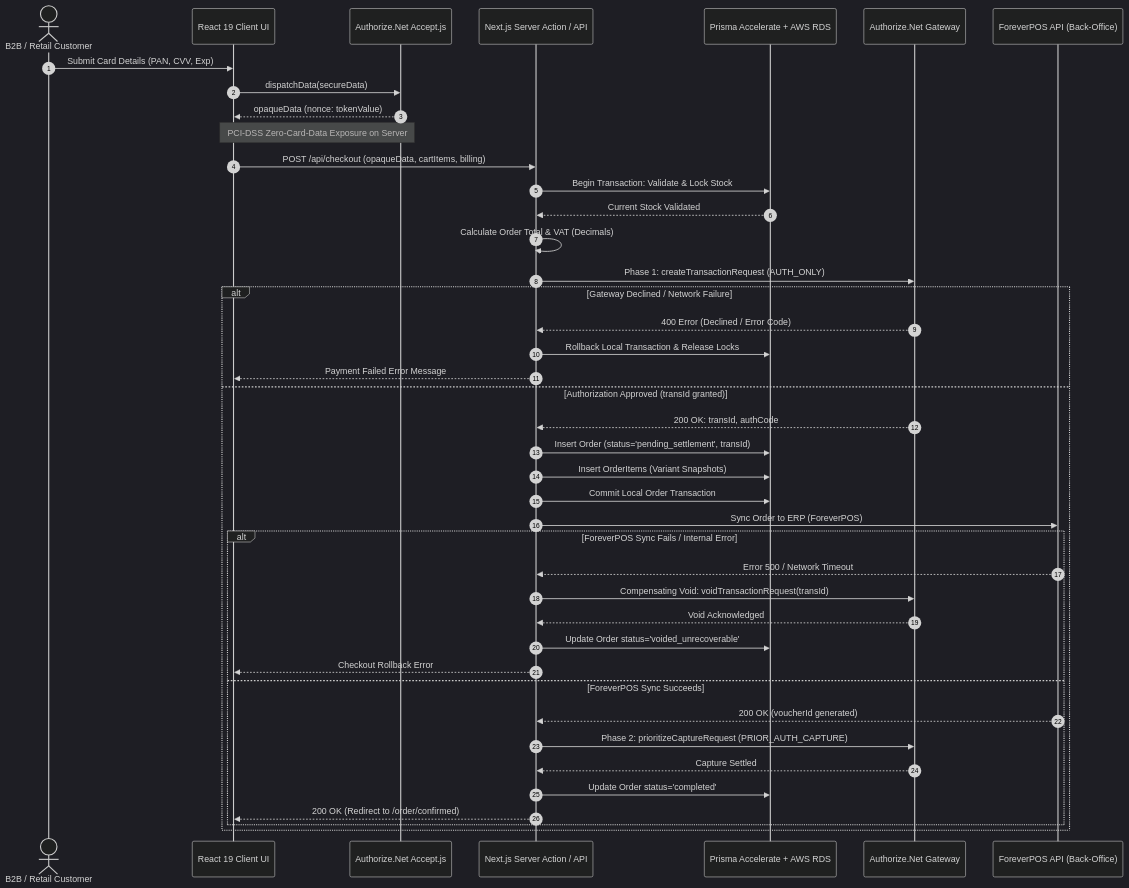
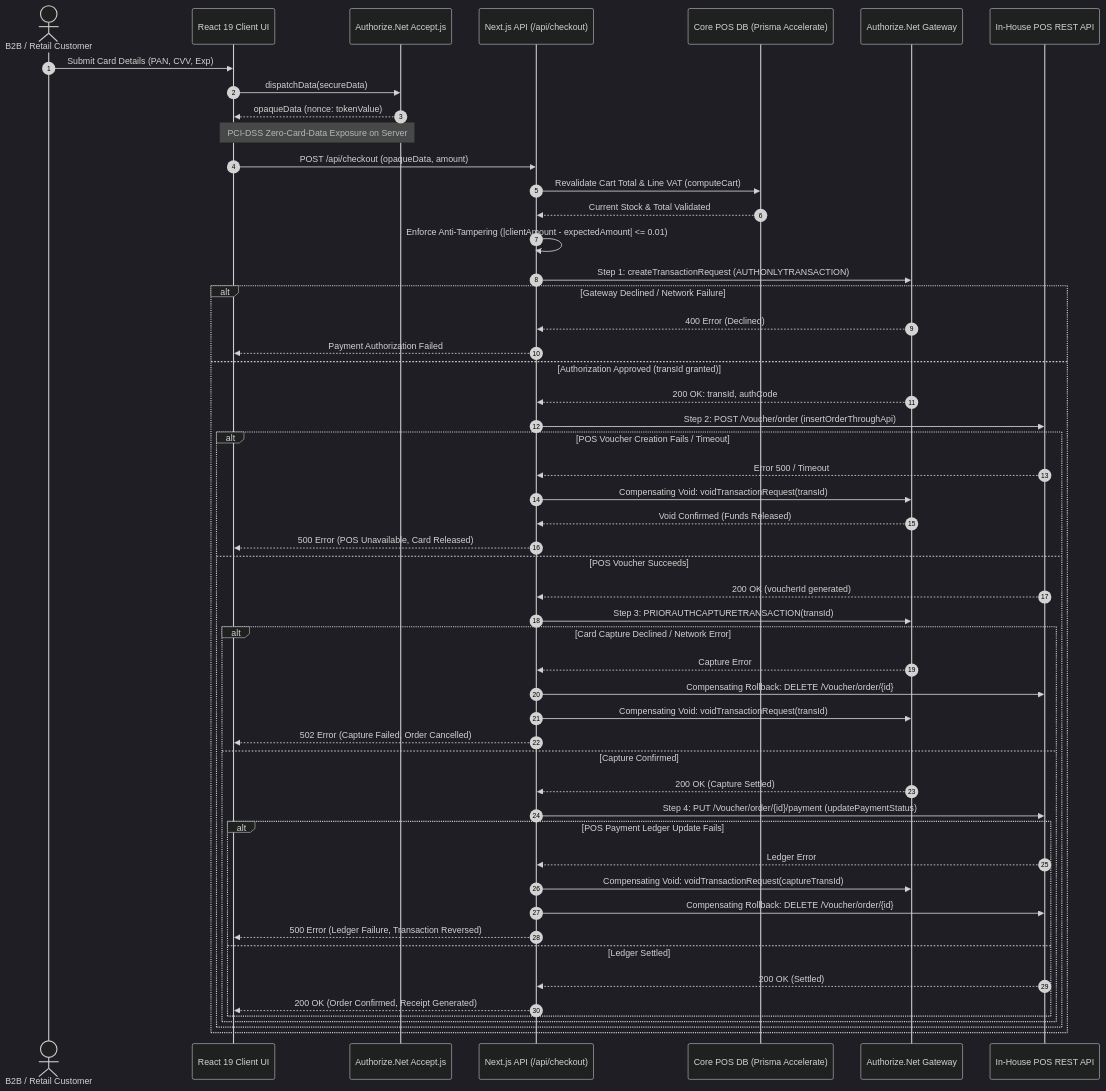
The diagram in diagrams/payment-saga-sequence.mmd (Nawaz393/omnichannel-ecommerce-platform-architecture), drawn with Mermaid (dark theme) before and after one commit. The commit also changed 17 other files, not shown here.

Commit message:
refactor: generalize proprietary names, eliminate lambda, and document direct POS DB/API architecture

```diff
--- a/diagrams/payment-saga-sequence.mmd
+++ b/diagrams/payment-saga-sequence.mmd
@@ -1,46 +1,58 @@
 sequenceDiagram
     autonumber
     actor Customer as B2B / Retail Customer
     participant Client as React 19 Client UI
     participant AcceptJS as Authorize.Net Accept.js
-    participant ServerAction as Next.js Server Action / API
-    participant Prisma as Prisma Accelerate + AWS RDS
+    participant ServerAction as Next.js API (/api/checkout)
+    participant Prisma as Core POS DB (Prisma Accelerate)
     participant AuthNet as Authorize.Net Gateway
-    participant ForeverPOS as ForeverPOS API (Back-Office)
+    participant HomePOS as In-House POS REST API
 
     Customer->>Client: Submit Card Details (PAN, CVV, Exp)
     Client->>AcceptJS: dispatchData(secureData)
     AcceptJS-->>Client: opaqueData (nonce: tokenValue)
     Note over Client,AcceptJS: PCI-DSS Zero-Card-Data Exposure on Server
 
-    Client->>ServerAction: POST /api/checkout (opaqueData, cartItems, billing)
-    ServerAction->>Prisma: Begin Transaction: Validate & Lock Stock
-    Prisma-->>ServerAction: Current Stock Validated
-    ServerAction->>ServerAction: Calculate Order Total & VAT (Decimals)
+    Client->>ServerAction: POST /api/checkout (opaqueData, amount)
+    ServerAction->>Prisma: Revalidate Cart Total & Line VAT (computeCart)
+    Prisma-->>ServerAction: Current Stock & Total Validated
+    ServerAction->>ServerAction: Enforce Anti-Tampering (|clientAmount - expectedAmount| <= 0.01)
 
-    ServerAction->>AuthNet: Phase 1: createTransactionRequest (AUTH_ONLY)
+    ServerAction->>AuthNet: Step 1: createTransactionRequest (AUTHONLYTRANSACTION)
     alt Gateway Declined / Network Failure
-        AuthNet-->>ServerAction: 400 Error (Declined / Error Code)
-        ServerAction->>Prisma: Rollback Local Transaction & Release Locks
-        ServerAction-->>Client: Payment Failed Error Message
+        AuthNet-->>ServerAction: 400 Error (Declined)
+        ServerAction-->>Client: Payment Authorization Failed
     else Authorization Approved (transId granted)
         AuthNet-->>ServerAction: 200 OK: transId, authCode
-        ServerAction->>Prisma: Insert Order (status='pending_settlement', transId)
-        ServerAction->>Prisma: Insert OrderItems (Variant Snapshots)
-        ServerAction->>Prisma: Commit Local Order Transaction
 
-        ServerAction->>ForeverPOS: Sync Order to ERP (ForeverPOS)
-        alt ForeverPOS Sync Fails / Internal Error
-            ForeverPOS-->>ServerAction: Error 500 / Network Timeout
+        ServerAction->>HomePOS: Step 2: POST /Voucher/order (insertOrderThroughApi)
+        alt POS Voucher Creation Fails / Timeout
+            HomePOS-->>ServerAction: Error 500 / Timeout
             ServerAction->>AuthNet: Compensating Void: voidTransactionRequest(transId)
-            AuthNet-->>ServerAction: Void Acknowledged
-            ServerAction->>Prisma: Update Order status='voided_unrecoverable'
-            ServerAction-->>Client: Checkout Rollback Error
-        else ForeverPOS Sync Succeeds
-            ForeverPOS-->>ServerAction: 200 OK (voucherId generated)
-            ServerAction->>AuthNet: Phase 2: prioritizeCaptureRequest (PRIOR_AUTH_CAPTURE)
-            AuthNet-->>ServerAction: Capture Settled
-            ServerAction->>Prisma: Update Order status='completed'
-            ServerAction-->>Client: 200 OK (Redirect to /order/confirmed)
+            AuthNet-->>ServerAction: Void Confirmed (Funds Released)
+            ServerAction-->>Client: 500 Error (POS Unavailable, Card Released)
+        else POS Voucher Succeeds
+            HomePOS-->>ServerAction: 200 OK (voucherId generated)
+
+            ServerAction->>AuthNet: Step 3: PRIORAUTHCAPTURETRANSACTION(transId)
+            alt Card Capture Declined / Network Error
+                AuthNet-->>ServerAction: Capture Error
+                ServerAction->>HomePOS: Compensating Rollback: DELETE /Voucher/order/{id}
+                ServerAction->>AuthNet: Compensating Void: voidTransactionRequest(transId)
+                ServerAction-->>Client: 502 Error (Capture Failed, Order Cancelled)
+            else Capture Confirmed
+                AuthNet-->>ServerAction: 200 OK (Capture Settled)
+
+                ServerAction->>HomePOS: Step 4: PUT /Voucher/order/{id}/payment (updatePaymentStatus)
+                alt POS Payment Ledger Update Fails
+                    HomePOS-->>ServerAction: Ledger Error
+                    ServerAction->>AuthNet: Compensating Void: voidTransactionRequest(captureTransId)
+                    ServerAction->>HomePOS: Compensating Rollback: DELETE /Voucher/order/{id}
+                    ServerAction-->>Client: 500 Error (Ledger Failure, Transaction Reversed)
+                else Ledger Settled
+                    HomePOS-->>ServerAction: 200 OK (Settled)
+                    ServerAction-->>Client: 200 OK (Order Confirmed, Receipt Generated)
+                end
+            end
         end
     end
```
